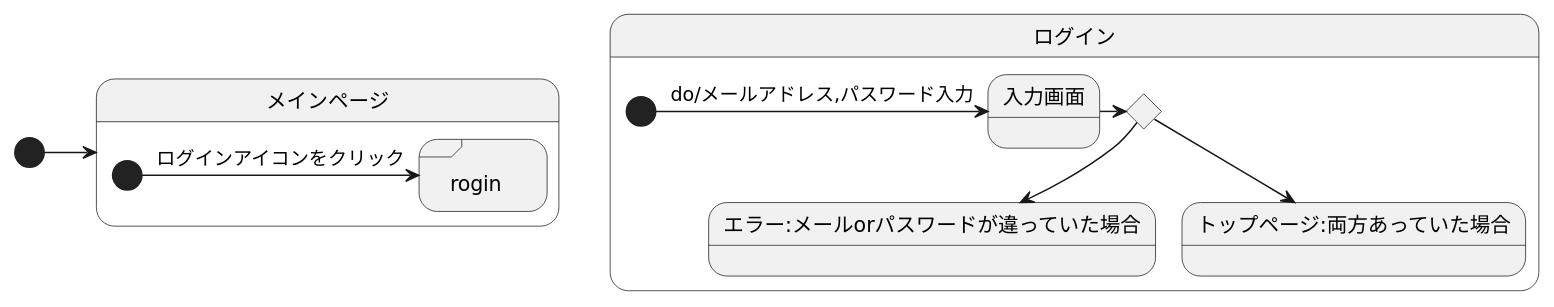
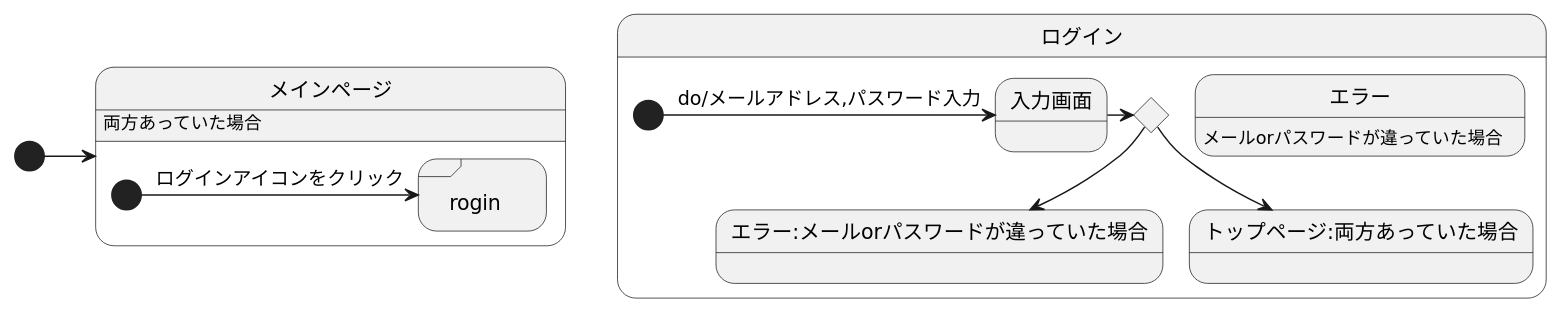
One commit to akutori/T-D-E changed the diagram in UML.md. Above: the diagram before and after it, drawn with PlantUML. The commit also changed 1 other file, not shown here.

````diff
--- a/UML.md
+++ b/UML.md
@@ -1,24 +1,26 @@
 ```uml
 @startuml
 
 
 [*]->メインページ
 state メインページ{
 state rogin
     [*]-> rogin : ログインアイコンをクリック
 
 }
 state "rogin" <<sdlreceive>> 
 
 state ログイン{
 state input <<choice>>
     [*]-> 入力画面:do/メールアドレス,パスワード入力
     入力画面->input
+    エラー:メールorパスワードが違っていた場合
+    メインページ:両方あっていた場合
     input --> エラー:メールorパスワードが違っていた場合
     input --> トップページ:両方あっていた場合
 }
 
 
 
 @enduml
 ```
````
